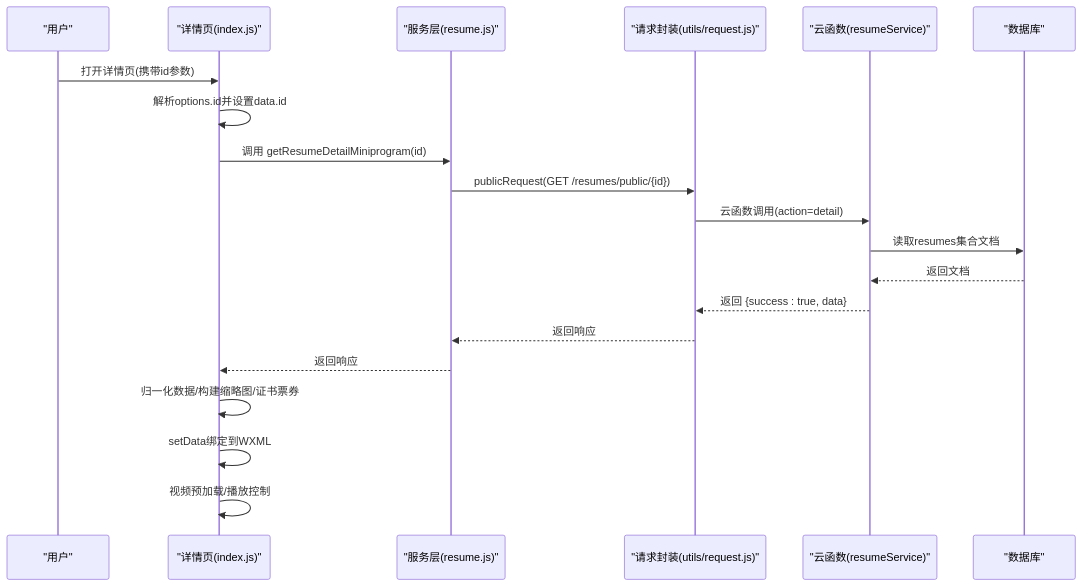
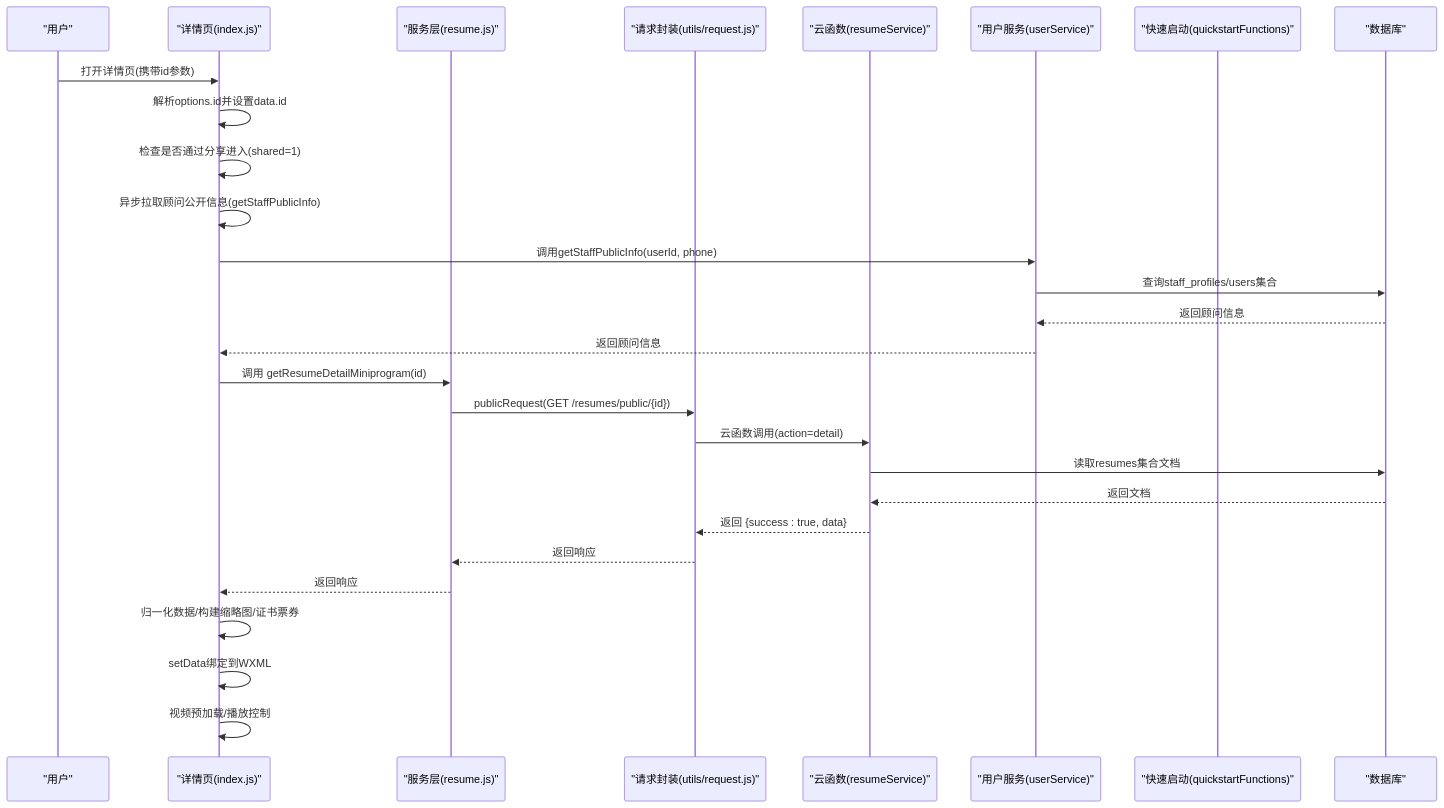
Before and after one commit to sunxuebo91/-: the second of 6 diagrams in .qoder/repowiki/zh/content/前端页面/简历详情页.md, drawn with Mermaid. The commit also changed other lines of this file and 30 other files, not shown here.

````diff
--- a/.qoder/repowiki/zh/content/前端页面/简历详情页.md
+++ b/.qoder/repowiki/zh/content/前端页面/简历详情页.md
@@ -108,22 +130,30 @@
 ```mermaid
 sequenceDiagram
 participant U as "用户"
 participant Page as "详情页(index.js)"
 participant Svc as "服务层(resume.js)"
 participant Req as "请求封装(utils/request.js)"
 participant CF as "云函数(resumeService)"
+participant US as "用户服务(userService)"
+participant QF as "快速启动(quickstartFunctions)"
 participant DB as "数据库"
 U->>Page : 打开详情页(携带id参数)
 Page->>Page : 解析options.id并设置data.id
+Page->>Page : 检查是否通过分享进入(shared=1)
+Page->>Page : 异步拉取顾问公开信息(getStaffPublicInfo)
+Page->>US : 调用getStaffPublicInfo(userId, phone)
+US->>DB : 查询staff_profiles/users集合
+DB-->>US : 返回顾问信息
+US-->>Page : 返回顾问信息
 Page->>Svc : 调用 getResumeDetailMiniprogram(id)
 Svc->>Req : publicRequest(GET /resumes/public/{id})
 Req->>CF : 云函数调用(action=detail)
 CF->>DB : 读取resumes集合文档
 DB-->>CF : 返回文档
 CF-->>Req : 返回 {success : true, data}
 Req-->>Svc : 返回响应
 Svc-->>Page : 返回响应
 Page->>Page : 归一化数据/构建缩略图/证书票券
 Page->>Page : setData绑定到WXML
 Page->>Page : 视频预加载/播放控制
 ```
````
